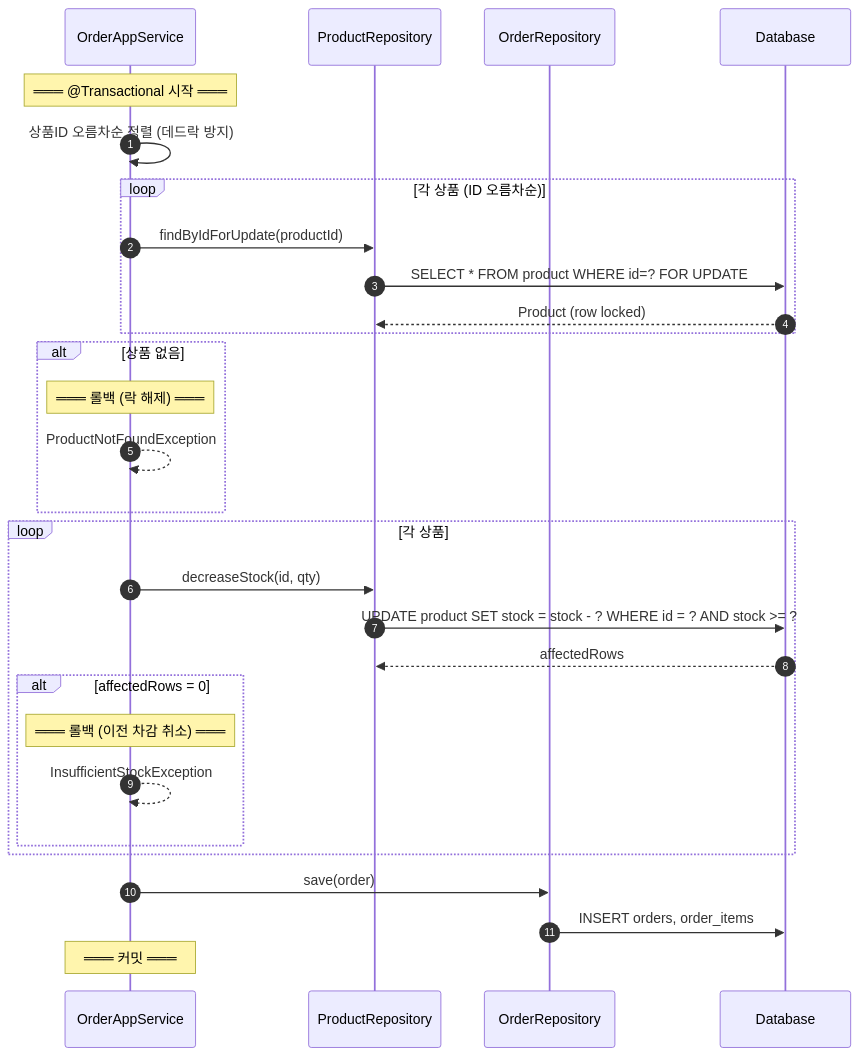
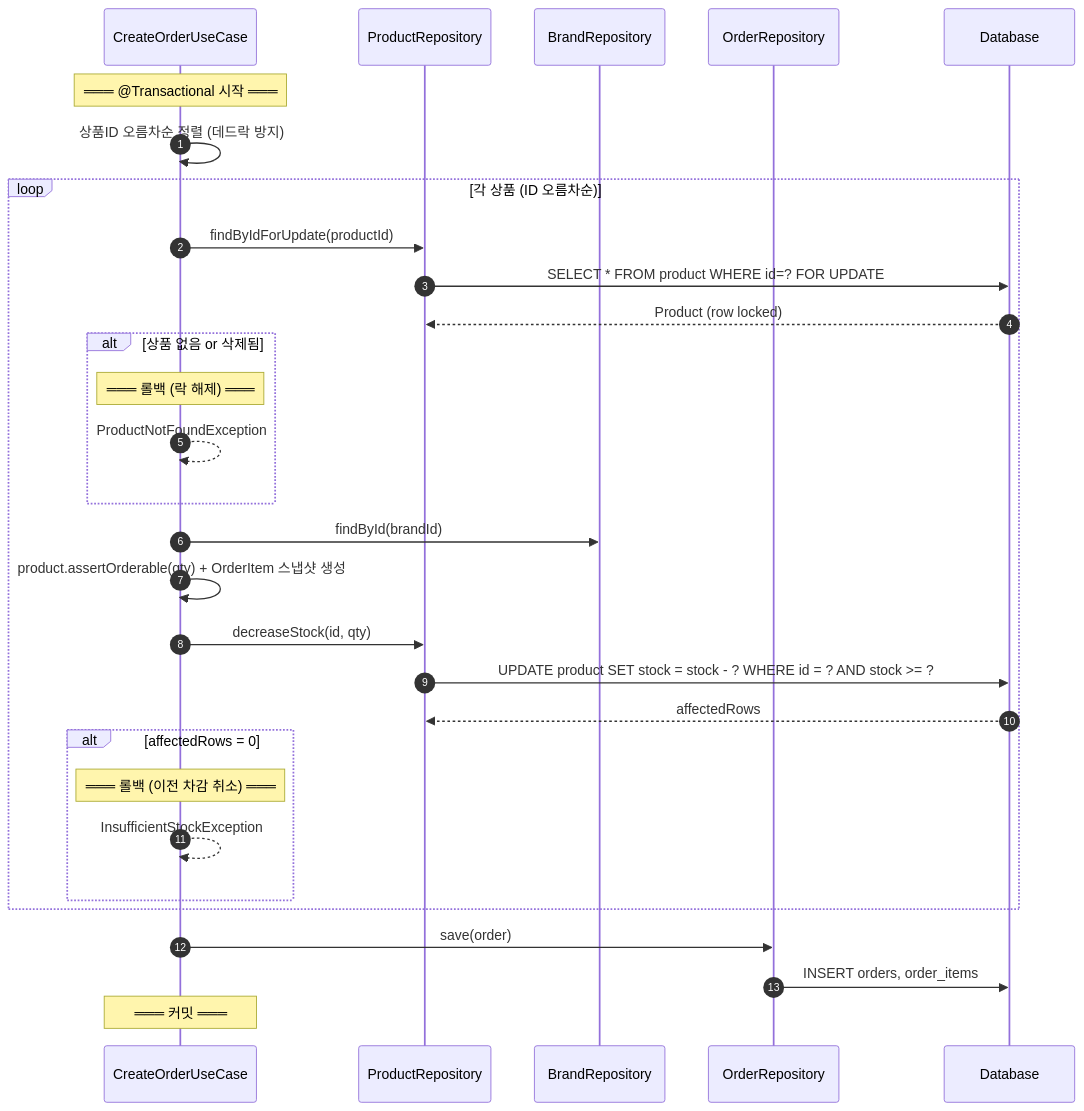
The first of 4 diagrams in docs/design/02-sequence-diagram-tech.md (Loopers-dev-lab/loop-pack-be-l2-vol3-kotlin), drawn with Mermaid before and after one commit. The commit also changed other lines of this file and 16 other files, not shown here.

````diff
--- a/docs/design/02-sequence-diagram-tech.md
+++ b/docs/design/02-sequence-diagram-tech.md
@@ -31,39 +31,42 @@
 ```mermaid
 sequenceDiagram
     autonumber
-    participant App as OrderAppService
+    participant App as CreateOrderUseCase
     participant ProdRepo as ProductRepository
+    participant BrandRepo as BrandRepository
     participant OrdRepo as OrderRepository
     participant DB as Database
 
     Note over App: ═══ @Transactional 시작 ═══
 
     App->>App: 상품ID 오름차순 정렬 (데드락 방지)
 
     loop 각 상품 (ID 오름차순)
         App->>ProdRepo: findByIdForUpdate(productId)
         ProdRepo->>DB: SELECT * FROM product WHERE id=? FOR UPDATE
         DB-->>ProdRepo: Product (row locked)
-    end
 
-    alt 상품 없음
-        Note over App: ═══ 롤백 (락 해제) ═══
-        App-->>App: ProductNotFoundException
-    end
+        alt 상품 없음 or 삭제됨
+            Note over App: ═══ 롤백 (락 해제) ═══
+            App-->>App: ProductNotFoundException
+        end
 
-    loop 각 상품
+        App->>BrandRepo: findById(brandId)
+
+        App->>App: product.assertOrderable(qty) + OrderItem 스냅샷 생성
+
         App->>ProdRepo: decreaseStock(id, qty)
         ProdRepo->>DB: UPDATE product SET stock = stock - ? WHERE id = ? AND stock >= ?
         DB-->>ProdRepo: affectedRows
 
         alt affectedRows = 0
             Note over App: ═══ 롤백 (이전 차감 취소) ═══
             App-->>App: InsufficientStockException
         end
     end
 
     App->>OrdRepo: save(order)
     OrdRepo->>DB: INSERT orders, order_items
 
     Note over App: ═══ 커밋 ═══
 ```
````
